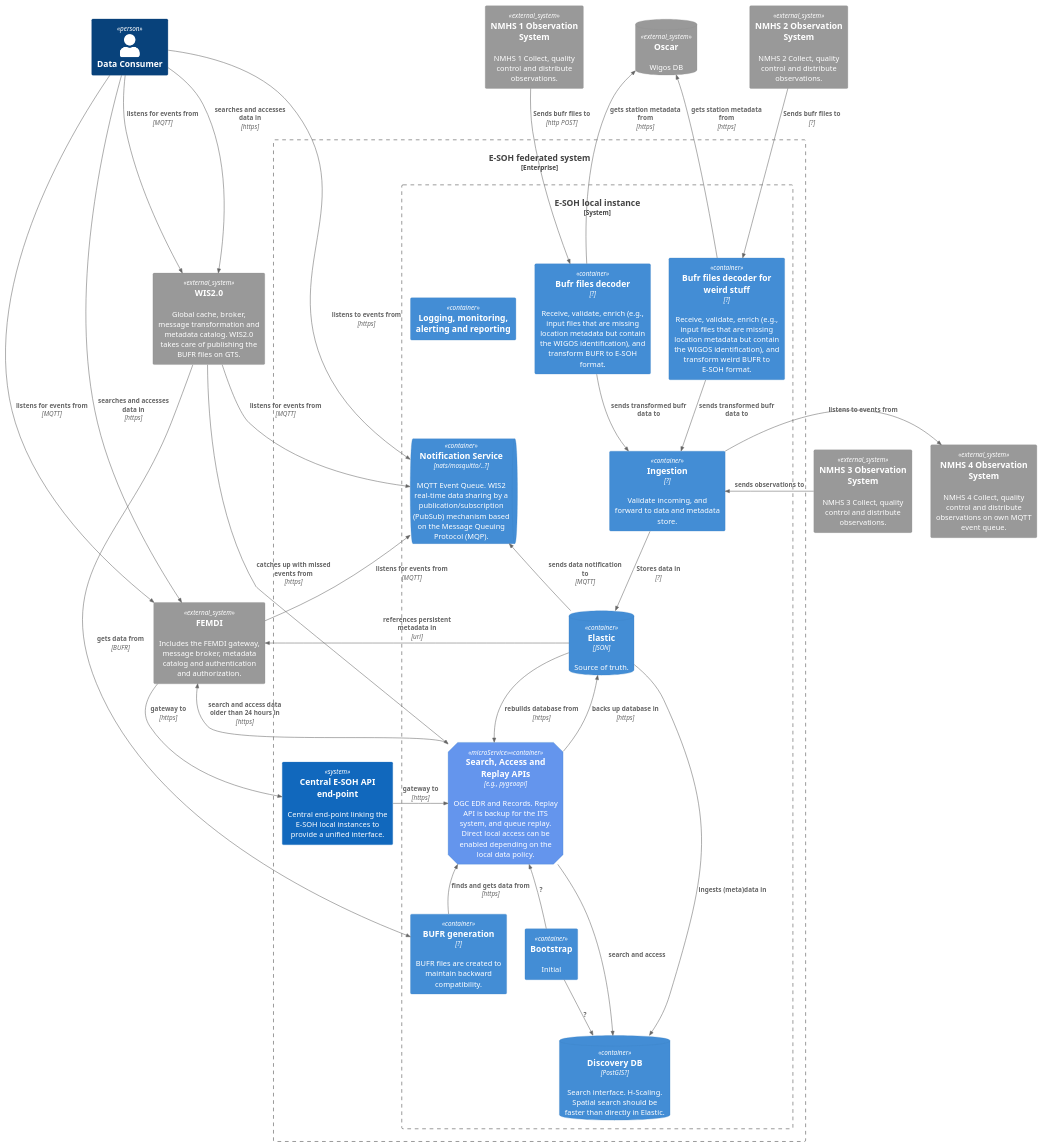
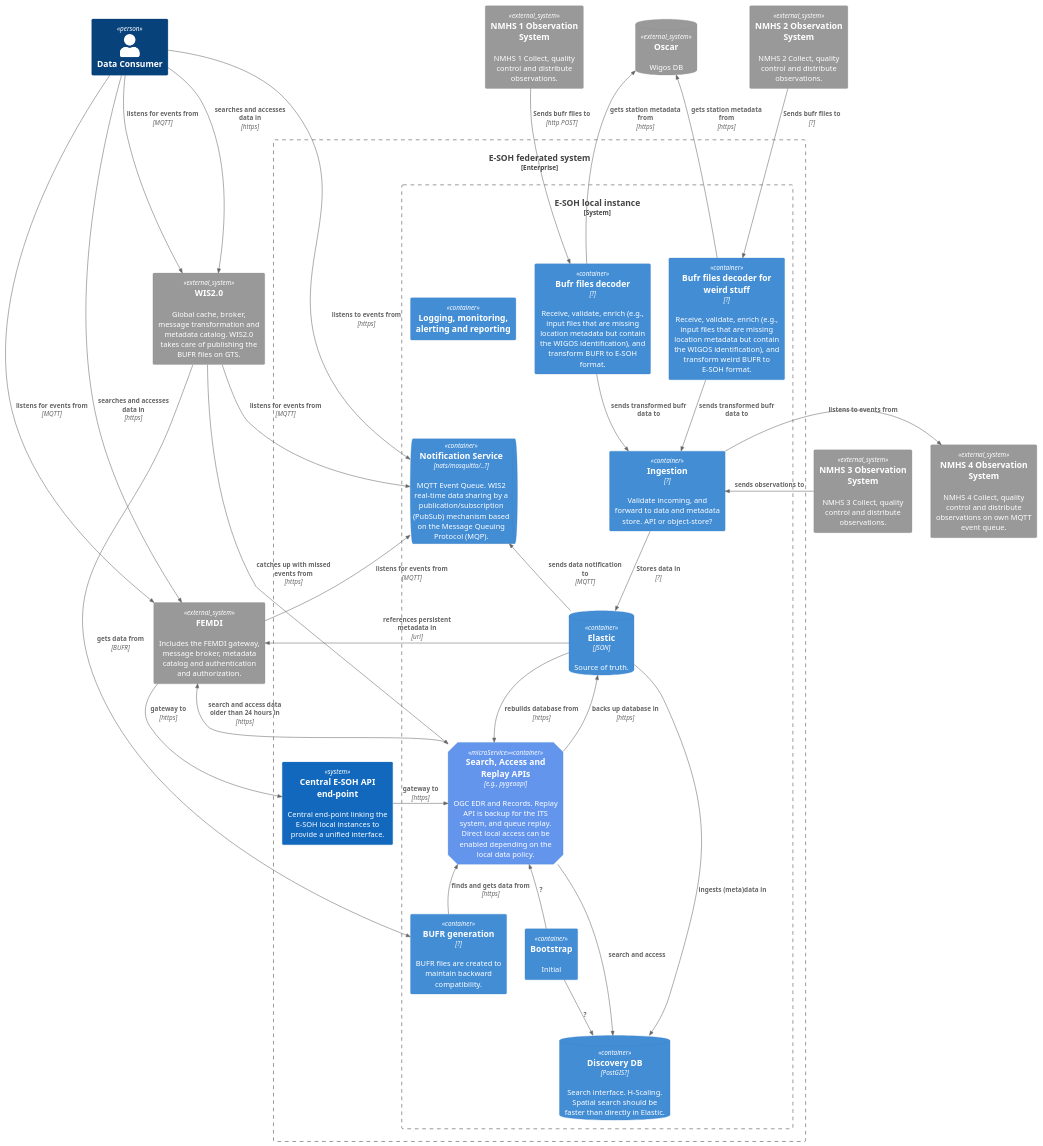
One commit to EURODEO/e-soh-c4 changed the diagram in 03-container-diagram/c4-container-diagram.puml. Above: the diagram before and after it, drawn with PlantUML. The commit also changed 1 other file, not shown here.

Commit message:
Add open question about the ingestion

```diff
--- a/03-container-diagram/c4-container-diagram.puml
+++ b/03-container-diagram/c4-container-diagram.puml
@@ -1,83 +1,83 @@
 @startuml "c4-container-diagram"
 !include https://raw.githubusercontent.com/plantuml-stdlib/C4-PlantUML/master/C4_Container.puml
 
 AddElementTag("microService", $shape=EightSidedShape(), $bgColor="CornflowerBlue", $fontColor="white", $legendText="micro service\neight sided")
 
 SystemDb_Ext(oscar, "Oscar", "Wigos DB")
 System_Ext(femdi, "FEMDI", "Includes the FEMDI gateway, message broker, metadata catalog and authentication and authorization.")
 System_Ext(wis2, "WIS2.0", "Global cache, broker, message transformation and metadata catalog. WIS2.0 takes care of publishing the BUFR files on GTS.")
 System_Ext(NMHSObs1,"NMHS 1 Observation System", "NMHS 1 Collect, quality control and distribute observations.")
 System_Ext(NMHSObs2,"NMHS 2 Observation System", "NMHS 2 Collect, quality control and distribute observations.")
 System_Ext(NMHSObs3,"NMHS 3 Observation System", "NMHS 3 Collect, quality control and distribute observations.")
 System_Ext(NMHSObs4,"NMHS 4 Observation System", "NMHS 4 Collect, quality control and distribute observations on own MQTT event queue.")
 
 Person(consumer, "Data Consumer")
 
 Enterprise_Boundary(esoh_all, "E-SOH federated system"){
   System(proxy, "Central E-SOH API end-point", "Central end-point linking the E-SOH local instances to provide a unified interface.")
 
   System_Boundary(esoh_fed, "E-SOH local instance"){
     ContainerQueue(queue, "Notification Service", "nats/mosquitto/..?", "MQTT Event Queue. WIS2 real-time data sharing by a publication/subscription (PubSub) mechanism based on the Message Queuing Protocol (MQP).")
 
     Container(queries, "Search, Access and Replay APIs", "e.g., pygeoapi", "OGC EDR and Records. Replay API is backup for the ITS system, and queue replay. Direct local access can be enabled depending on the local data policy.", $tags = "microService")
 
-    Container(IngestionService, "Ingestion", "?", "Validate incoming, and forward to data and metadata store.")
+    Container(IngestionService, "Ingestion", "?", "Validate incoming, and forward to data and metadata store. API or object-store?")
     Container(SingleBufrReceiver, "Bufr files decoder", "?", "Receive, validate, enrich (e.g., input files that are missing location metadata but contain the WIGOS identification), and transform BUFR to E-SOH format.")
     Container(CustomBufrReceiver, "Bufr files decoder for weird stuff", "?", "Receive, validate, enrich (e.g., input files that are missing location metadata but contain the WIGOS identification), and transform weird BUFR to E-SOH format.")
 
     'System(records, "Search API", "OGC Records. Direct local access can be enabled depending on the local data policy.", $tags = "microService")
 
     Container(bufr_generator, "BUFR generation", "?", "BUFR files are created to maintain backward compatibility.")
     Container(lmar, "Logging, monitoring, alerting and reporting", "")
 
 
     ContainerDb(elastic, "Elastic", "JSON", "Source of truth.")
     ContainerDb(db, "Discovery DB", "PostGIS?", "Search interface. H-Scaling. Spatial search should be faster than directly in Elastic.")
     Container(bootstrap, "Bootstrap", "", "Initial")
 
     'ContainerDb(data_store, "Data and metadata store", "Storage of 24 hours of data.")
   }
 }
 
 Rel_D(NMHSObs1, SingleBufrReceiver, "Sends bufr files to", "http POST")
 Rel_D(NMHSObs2, CustomBufrReceiver, "Sends bufr files to", "?")
 
 Rel_U(SingleBufrReceiver, oscar, "gets station metadata from", "https")
 Rel_U(CustomBufrReceiver, oscar, "gets station metadata from", "https")
 
 Rel_L(NMHSObs3, IngestionService, "sends observations to", "")
 Rel_R(IngestionService, NMHSObs4, "listens to events from", "")
 Rel_D(SingleBufrReceiver, IngestionService, "sends transformed bufr data to", "")
 Rel_D(CustomBufrReceiver, IngestionService, "sends transformed bufr data to", "")
 
 Rel_D(IngestionService, elastic, "Stores data in", "?")
 
 Rel_R(elastic, queries, "rebuilds database from", "https")
 Rel(elastic, femdi, "references persistent metadata in", "uri")
 Rel_L(elastic, db, "ingests (meta)data in", "")
 Rel_U(elastic, queue, "sends data notification to", "MQTT")
 
 Rel(queries, elastic, "backs up database in", "https")
 Rel(wis2, queries, "catches up with missed events from", "https")
 Rel(femdi, queue, "listens for events from", "MQTT")
 Rel(queries,  db, "search and access", "")
 Rel(queries,  femdi, "search and access data older than 24 hours in", "https")
 
 Rel(wis2, queue, "listens for events from", "MQTT")
 
 Rel_U(bufr_generator, queries, "finds and gets data from", "https")
 Rel(wis2, bufr_generator, "gets data from", "BUFR")
 
 Rel(consumer, femdi, "searches and accesses data in", "https")
 Rel(consumer, femdi, "listens for events from", "MQTT")
 Rel(consumer, wis2, "searches and accesses data in", "https")
 Rel(consumer, wis2, "listens for events from", "MQTT")
 Rel_L(proxy, queries, "gateway to", "https")
 Rel_D(femdi, proxy, "gateway to", "https")
 
 Rel(consumer, queue, "listens to events from", "https")
 
 Rel_U(bootstrap, queries, "?", "")
 Rel_D(bootstrap, db, "?", "")
 
 @enduml
```
